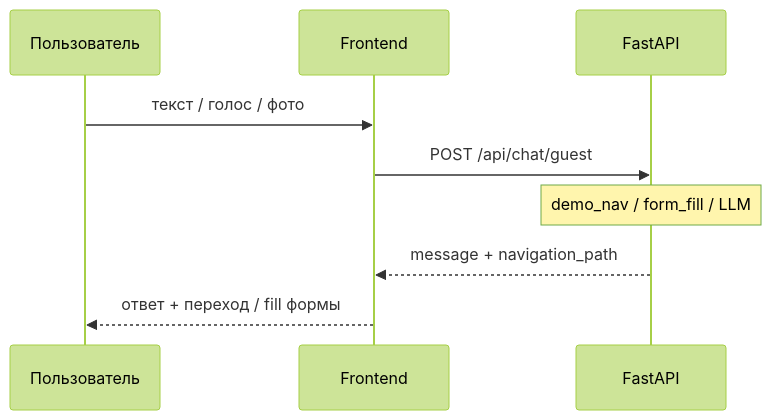
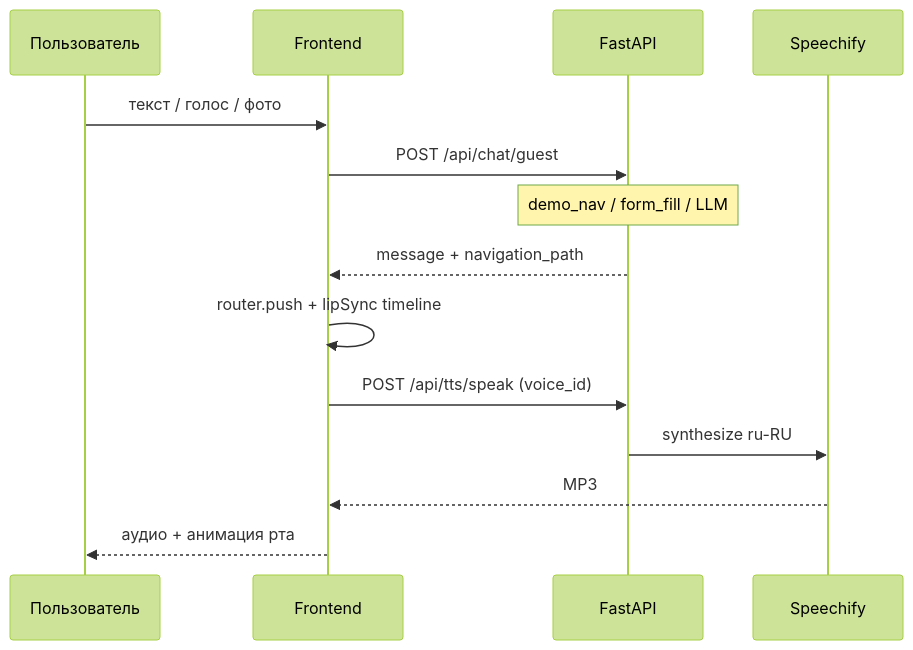
One commit to grrraaaa/mvp changed the second of 2 diagrams in docs/ARCHITECTURE.md. Above: the diagram before and after it, drawn with Mermaid (forest theme). The commit also changed other lines of this file and 70 other files, not shown here.

````diff
--- a/docs/ARCHITECTURE.md
+++ b/docs/ARCHITECTURE.md
@@ -65,12 +77,17 @@
 ```mermaid
 sequenceDiagram
     participant U as Пользователь
     participant FE as Frontend
     participant BE as FastAPI
+    participant SP as Speechify
 
     U->>FE: текст / голос / фото
     FE->>BE: POST /api/chat/guest
     Note over BE: demo_nav / form_fill / LLM
     BE-->>FE: message + navigation_path
-    FE-->>U: ответ + переход / fill формы
+    FE->>FE: router.push + lipSync timeline
+    FE->>BE: POST /api/tts/speak (voice_id)
+    BE->>SP: synthesize ru-RU
+    SP-->>FE: MP3
+    FE-->>U: аудио + анимация рта
 ```
````
